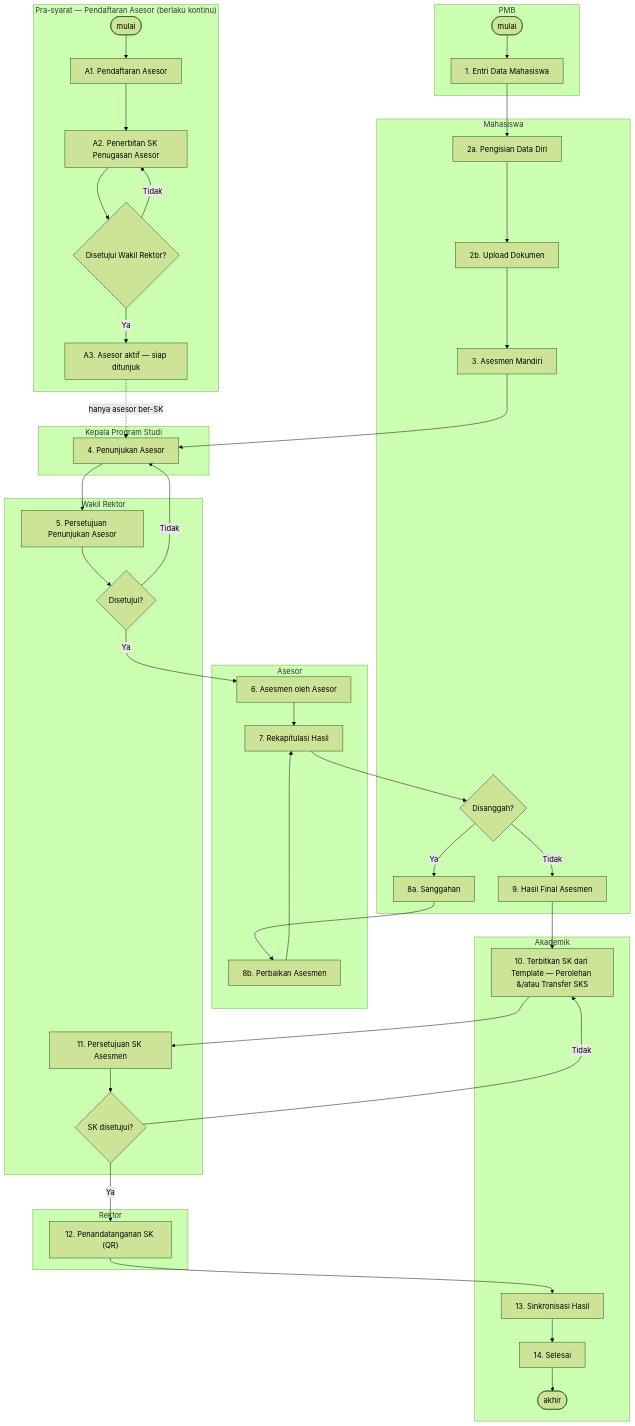
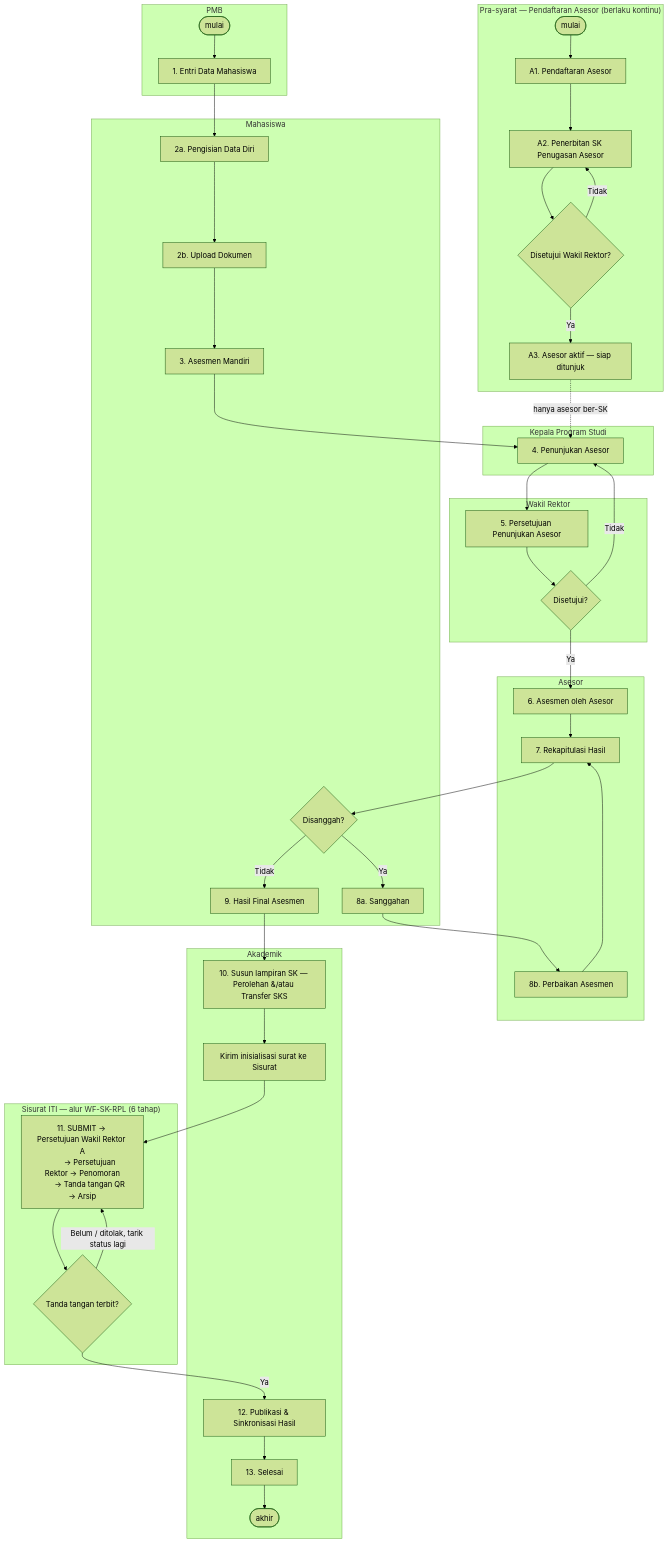
Before and after one commit to Akbar287/iti-pmb-rpl: the diagram in doc/alur-rpl.md, drawn with Mermaid (forest theme). The commit also changed other lines of this file and 71 other files, not shown here.

````diff
--- a/doc/alur-rpl.md
+++ b/doc/alur-rpl.md
@@ -39,78 +39,80 @@
 ```mermaid
 flowchart TB
     subgraph prasyarat["Pra-syarat — Pendaftaran Asesor (berlaku kontinu)"]
         A0(["mulai"])
         a1["A1. Pendaftaran Asesor"]
         a2["A2. Penerbitan SK Penugasan Asesor"]
         a3{"Disetujui Wakil Rektor?"}
         a4["A3. Asesor aktif — siap ditunjuk"]
         A0 --> a1 --> a2 --> a3
         a3 -->|Tidak| a2
         a3 -->|Ya| a4
     end
 
     subgraph pmb["PMB"]
         S(["mulai"])
         n1["1. Entri Data Mahasiswa"]
         S --> n1
     end
 
     subgraph mhs["Mahasiswa"]
         n2a["2a. Pengisian Data Diri"]
         n2b["2b. Upload Dokumen"]
         n3["3. Asesmen Mandiri"]
         gwD{"Disanggah?"}
         n9a["8a. Sanggahan"]
         n10a["9. Hasil Final Asesmen"]
         n2a --> n2b --> n3
         gwD -->|Tidak| n10a
         gwD -->|Ya| n9a
     end
 
     subgraph kaprodi["Kepala Program Studi"]
         n4["4. Penunjukan Asesor"]
     end
 
     subgraph asesor["Asesor"]
         n7["6. Asesmen oleh Asesor"]
         n8["7. Rekapitulasi Hasil"]
         n9b["8b. Perbaikan Asesmen"]
         n7 --> n8
         n9b --> n8
     end
 
     subgraph akademik["Akademik"]
-        n12["10. Terbitkan SK dari Template — Perolehan &/atau Transfer SKS"]
-        n13["13. Sinkronisasi Hasil"]
-        n14["14. Selesai"]
+        n12["10. Susun lampiran SK — Perolehan &/atau Transfer SKS"]
+        n12c["Kirim inisialisasi surat ke Sisurat"]
+        n13["12. Publikasi & Sinkronisasi Hasil"]
+        n14["13. Selesai"]
         E(["akhir"])
+        n12 --> n12c
         n13 --> n14 --> E
     end
 
-    subgraph rektor["Rektor"]
-        n12b["12. Penandatanganan SK (QR)"]
+    subgraph sisurat["Sisurat ITI — alur WF-SK-RPL (6 tahap)"]
+        s1["11. SUBMIT → Persetujuan Wakil Rektor A
+        → Persetujuan Rektor → Penomoran
+        → Tanda tangan QR → Arsip"]
+        gw3{"Tanda tangan terbit?"}
+        s1 --> gw3
     end
 
     subgraph warek["Wakil Rektor"]
         n5["5. Persetujuan Penunjukan Asesor"]
         gw1{"Disetujui?"}
-        n11b["11. Persetujuan SK Asesmen"]
-        gw3{"SK disetujui?"}
         n5 --> gw1
-        n11b --> gw3
     end
 
     n1 --> n2a
     n3 --> n4
     n4 --> n5
     gw1 -->|Tidak| n4
     gw1 -->|Ya| n7
     a4 -.->|hanya asesor ber-SK| n4
     n8 --> gwD
     n9a --> n9b
     n10a --> n12
-    n12 --> n11b
-    gw3 -->|Tidak| n12
-    gw3 -->|Ya| n12b
-    n12b --> n13
+    n12c --> s1
+    gw3 -->|Belum / ditolak, tarik status lagi| s1
+    gw3 -->|Ya| n13
 ```
````
